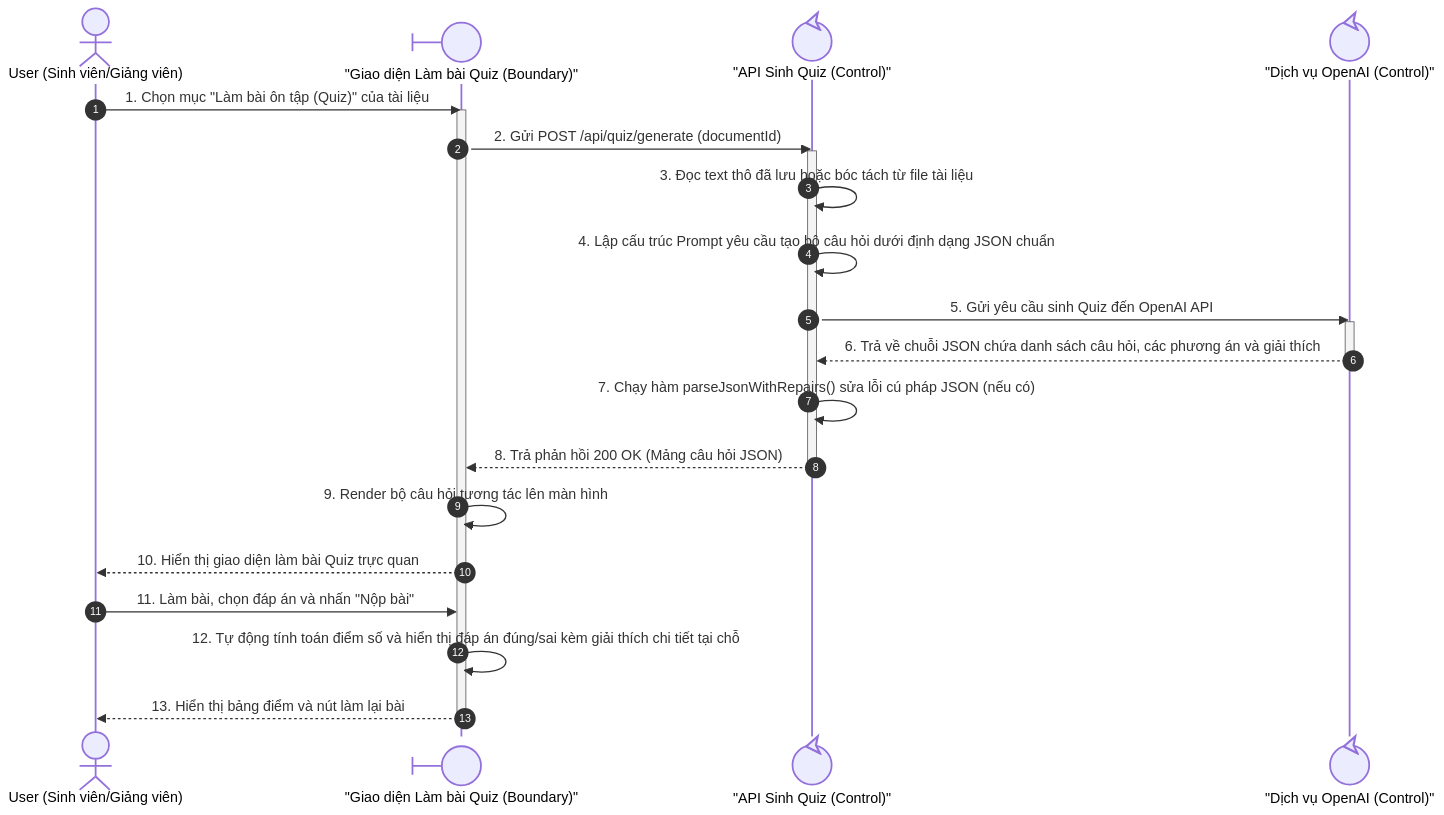
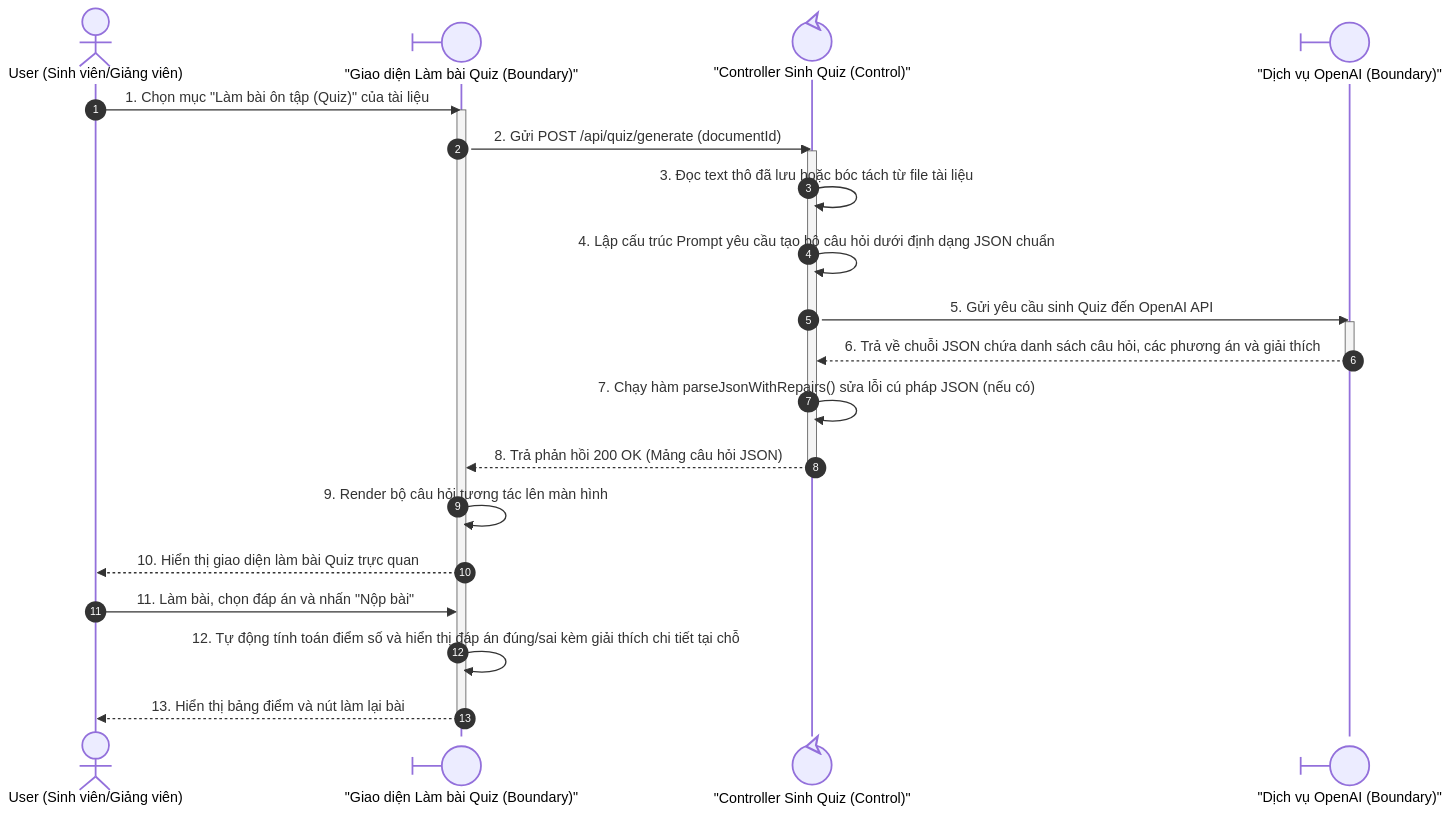
The seventh of 13 diagrams in Cuong_Documents/BaoVeDoAn/Diagram/SequenceDiagrams.md (vietcuong2004/DATN_TLUDOC), drawn with Mermaid before and after one commit. The commit also changed other lines of this file and 11 other files, not shown here.

````diff
--- a/Cuong_Documents/BaoVeDoAn/Diagram/SequenceDiagrams.md
+++ b/Cuong_Documents/BaoVeDoAn/Diagram/SequenceDiagrams.md
@@ -273,29 +273,29 @@
 ```mermaid
 sequenceDiagram
     autonumber
     actor User as User (Sinh viên/Giảng viên)
     participant UI@{ "type": "boundary" } as "Giao diện Làm bài Quiz (Boundary)"
-    participant Control@{ "type": "control" } as "API Sinh Quiz (Control)"
-    participant AI@{ "type": "control" } as "Dịch vụ OpenAI (Control)"
+    participant Control@{ "type": "control" } as "Controller Sinh Quiz (Control)"
+    participant AI@{ "type": "boundary" } as "Dịch vụ OpenAI (Boundary)"
 
     User->>UI: 1. Chọn mục "Làm bài ôn tập (Quiz)" của tài liệu
     activate UI
     UI->>Control: 2. Gửi POST /api/quiz/generate (documentId)
     activate Control
     Control->>Control: 3. Đọc text thô đã lưu hoặc bóc tách từ file tài liệu
     Control->>Control: 4. Lập cấu trúc Prompt yêu cầu tạo bộ câu hỏi dưới định dạng JSON chuẩn
     Control->>AI: 5. Gửi yêu cầu sinh Quiz đến OpenAI API
     activate AI
     AI-->>Control: 6. Trả về chuỗi JSON chứa danh sách câu hỏi, các phương án và giải thích
     deactivate AI
     Control->>Control: 7. Chạy hàm parseJsonWithRepairs() sửa lỗi cú pháp JSON (nếu có)
     Control-->>UI: 8. Trả phản hồi 200 OK (Mảng câu hỏi JSON)
     deactivate Control
     UI->>UI: 9. Render bộ câu hỏi tương tác lên màn hình
     UI-->>User: 10. Hiển thị giao diện làm bài Quiz trực quan
     
     User->>UI: 11. Làm bài, chọn đáp án và nhấn "Nộp bài"
     UI->>UI: 12. Tự động tính toán điểm số và hiển thị đáp án đúng/sai kèm giải thích chi tiết tại chỗ
     UI-->>User: 13. Hiển thị bảng điểm và nút làm lại bài
     deactivate UI
 ```
````
